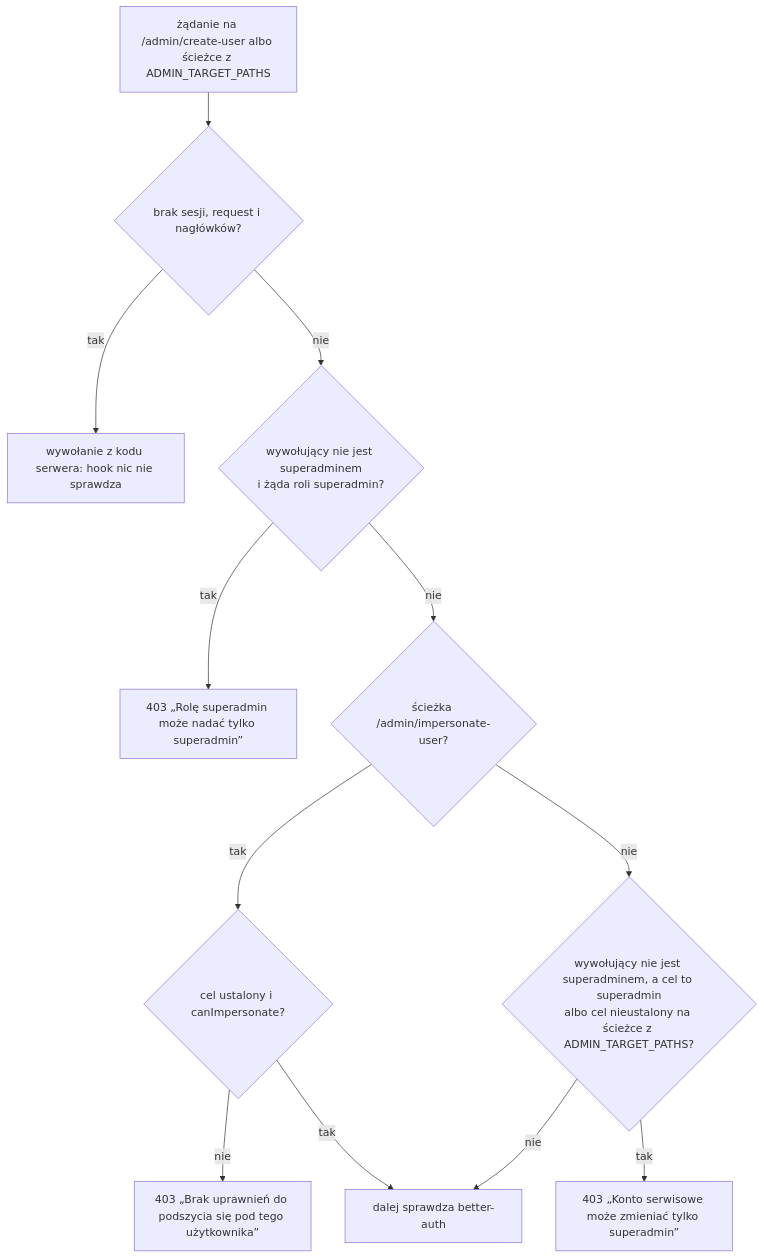
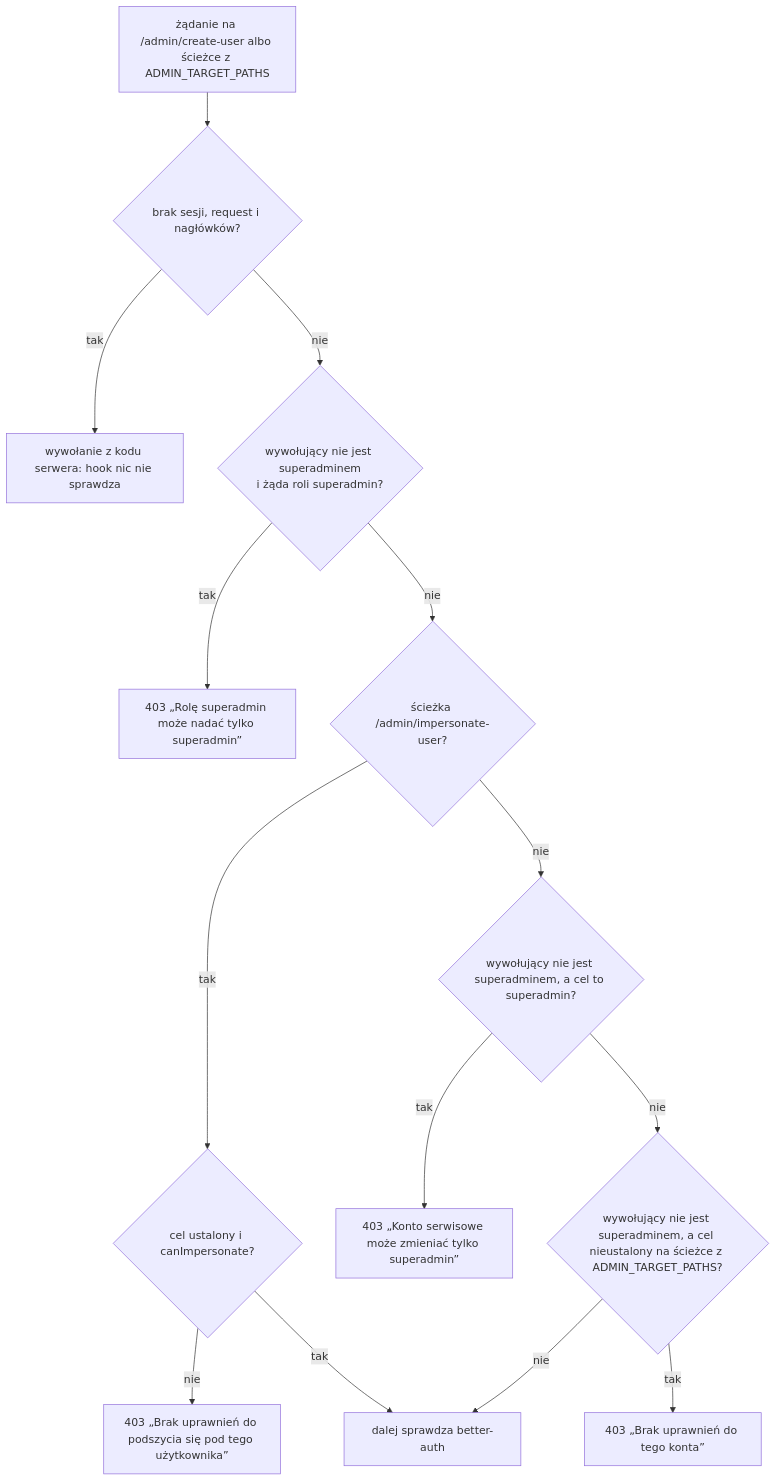
The first of 2 diagrams in docs/04b-superadmin-i-tryb-serwisowy.md (webamigos/gatojs), drawn with Mermaid before and after one commit. The commit also changed other lines of this file and 4 other files, not shown here.

First line of the commit message:
fix(auth): clearer 403 for admin actions on an unknown account

````diff
--- a/docs/04b-superadmin-i-tryb-serwisowy.md
+++ b/docs/04b-superadmin-i-tryb-serwisowy.md
@@ -103,14 +103,16 @@
 ```mermaid
 flowchart TD
     start["żądanie na /admin/create-user albo ścieżce z ADMIN_TARGET_PATHS"] --> server{"brak sesji, request i nagłówków?"}
     server -->|"tak"| skip["wywołanie z kodu serwera: hook nic nie sprawdza"]
     server -->|"nie"| requested{"wywołujący nie jest superadminem<br/>i żąda roli superadmin?"}
     requested -->|"tak"| deny1["403 „Rolę superadmin może nadać tylko superadmin”"]
     requested -->|"nie"| imp{"ścieżka /admin/impersonate-user?"}
     imp -->|"tak"| can{"cel ustalony i canImpersonate?"}
     can -->|"nie"| deny2["403 „Brak uprawnień do podszycia się pod tego użytkownika”"]
     can -->|"tak"| plugin["dalej sprawdza better-auth"]
-    imp -->|"nie"| target{"wywołujący nie jest superadminem, a cel to superadmin<br/>albo cel nieustalony na ścieżce z ADMIN_TARGET_PATHS?"}
+    imp -->|"nie"| target{"wywołujący nie jest superadminem, a cel to superadmin?"}
     target -->|"tak"| deny3["403 „Konto serwisowe może zmieniać tylko superadmin”"]
-    target -->|"nie"| plugin
+    target -->|"nie"| unknown{"wywołujący nie jest superadminem, a cel nieustalony na ścieżce z ADMIN_TARGET_PATHS?"}
+    unknown -->|"tak"| deny4["403 „Brak uprawnień do tego konta”"]
+    unknown -->|"nie"| plugin
 ```
````
